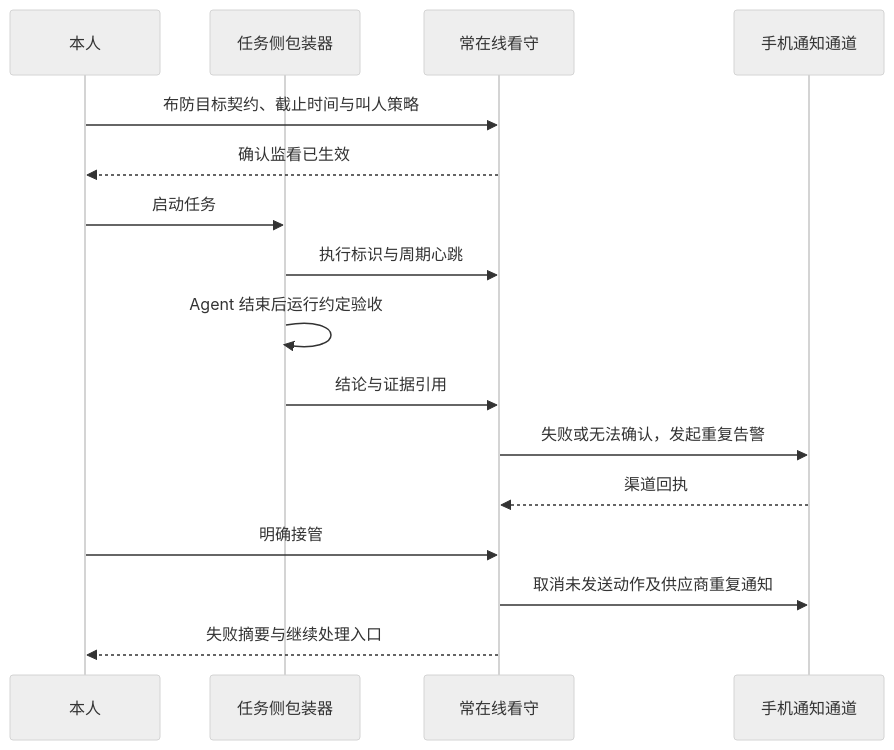
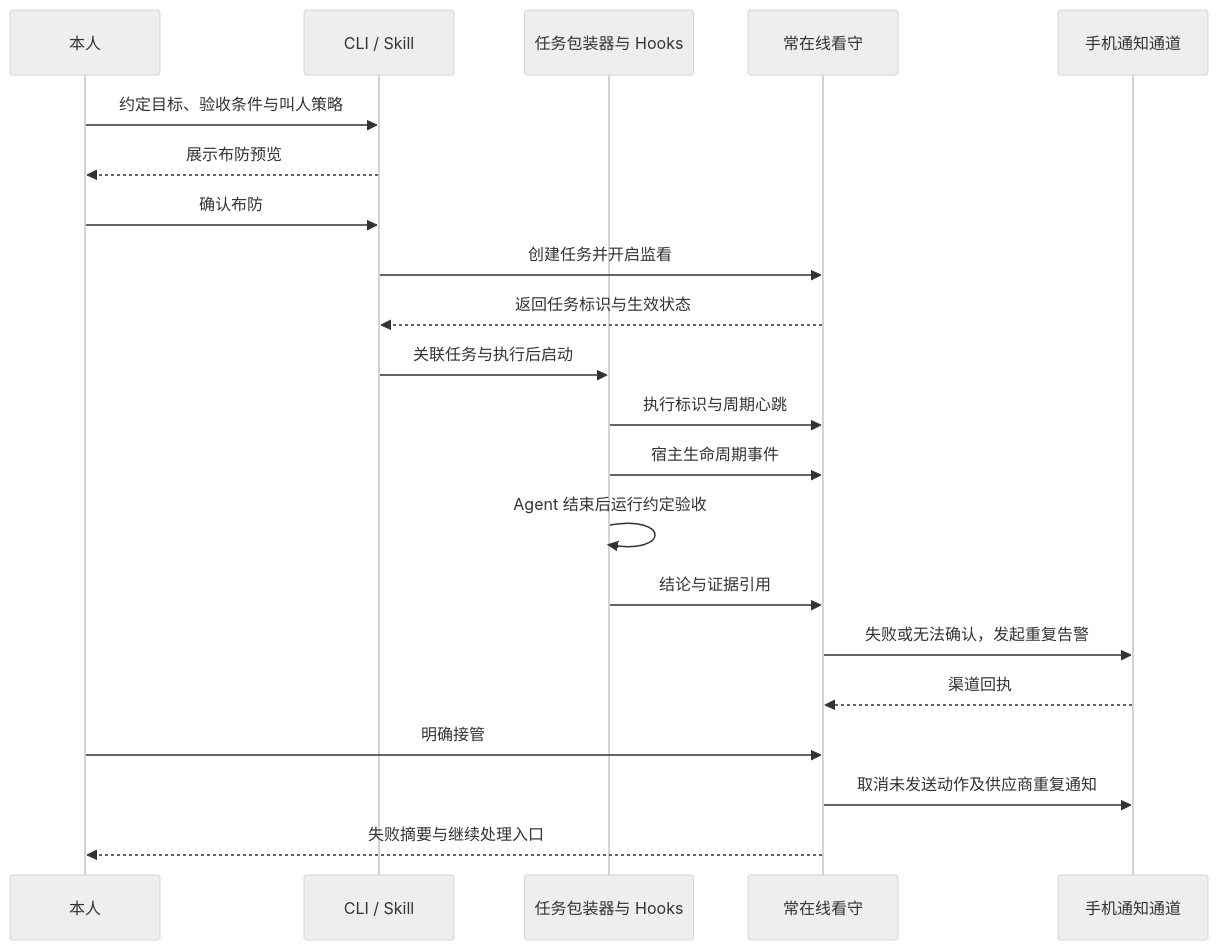
One commit to dszdsxc19/hell-mode changed the second of 2 diagrams in docs/mvp.md. Above: the diagram before and after it, drawn with Mermaid (neutral theme). The commit also changed other lines of this file and 2 other files, not shown here.

Commit message:
docs: define CLI hooks and skill architecture

````diff
--- a/docs/mvp.md
+++ b/docs/mvp.md
@@ -65,18 +111,23 @@
 ```mermaid
 sequenceDiagram
     participant Human as 本人
-    participant Runner as 任务侧包装器
+    participant Entry as CLI / Skill
+    participant Runner as 任务包装器与 Hooks
     participant Watchdog as 常在线看守
     participant Phone as 手机通知通道
-    Human->>Watchdog: 布防目标契约、截止时间与叫人策略
-    Watchdog-->>Human: 确认监看已生效
-    Human->>Runner: 启动任务
+    Human->>Entry: 约定目标、验收条件与叫人策略
+    Entry-->>Human: 展示布防预览
+    Human->>Entry: 确认布防
+    Entry->>Watchdog: 创建任务并开启监看
+    Watchdog-->>Entry: 返回任务标识与生效状态
+    Entry->>Runner: 关联任务与执行后启动
     Runner->>Watchdog: 执行标识与周期心跳
+    Runner->>Watchdog: 宿主生命周期事件
     Runner->>Runner: Agent 结束后运行约定验收
     Runner->>Watchdog: 结论与证据引用
     Watchdog->>Phone: 失败或无法确认，发起重复告警
     Phone-->>Watchdog: 渠道回执
     Human->>Watchdog: 明确接管
     Watchdog->>Phone: 取消未发送动作及供应商重复通知
     Watchdog-->>Human: 失败摘要与继续处理入口
 ```
````
